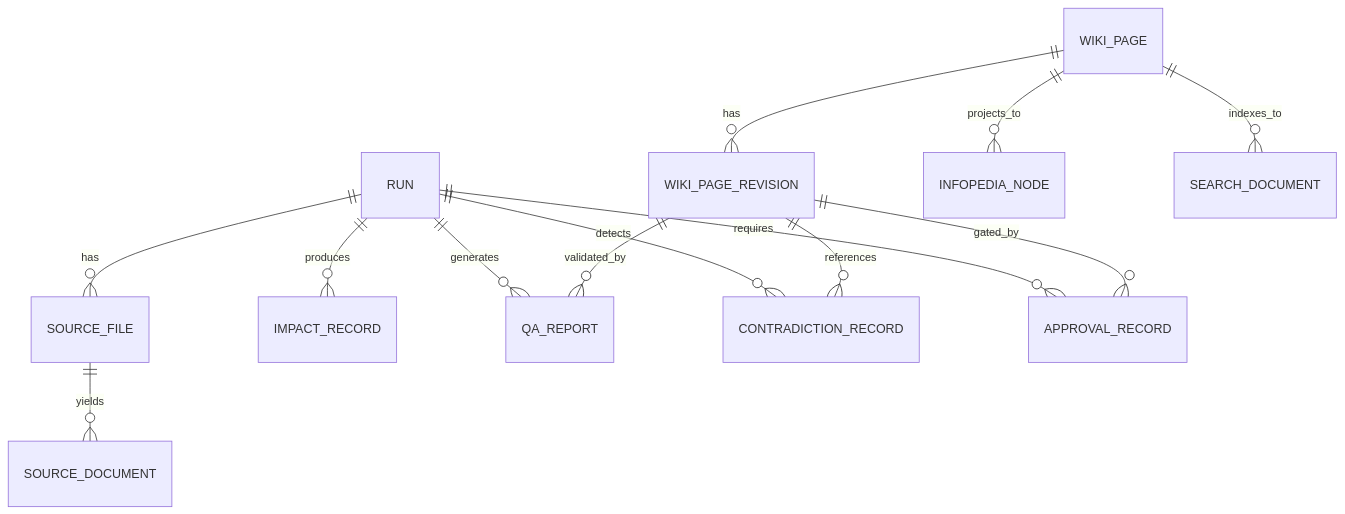
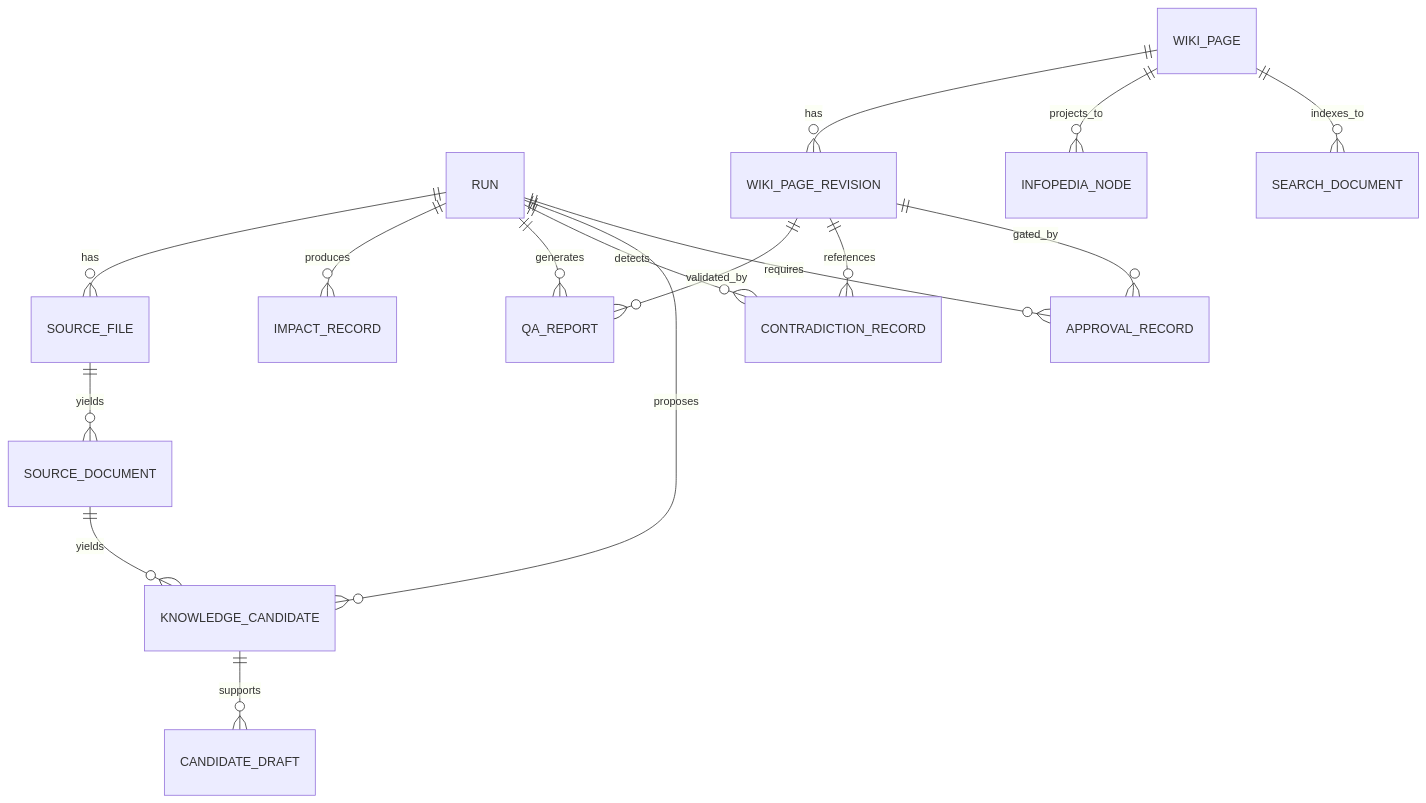
One commit to chethanp11/kms changed diagram 11 of 17 in design/architecture.md. Above: the diagram before and after it, drawn with Mermaid. The commit also changed other lines of this file and 27 other files, not shown here.

Commit message:
Add API-key-backed AI knowledge candidate extraction

````diff
--- a/design/architecture.md
+++ b/design/architecture.md
@@ -2744,15 +2749,18 @@
 ```mermaid
 erDiagram
   RUN ||--o{ SOURCE_FILE : has
   SOURCE_FILE ||--o{ SOURCE_DOCUMENT : yields
   RUN ||--o{ IMPACT_RECORD : produces
   RUN ||--o{ QA_REPORT : generates
   RUN ||--o{ CONTRADICTION_RECORD : detects
+  RUN ||--o{ KNOWLEDGE_CANDIDATE : proposes
+  SOURCE_DOCUMENT ||--o{ KNOWLEDGE_CANDIDATE : yields
+  KNOWLEDGE_CANDIDATE ||--o{ CANDIDATE_DRAFT : supports
   RUN ||--o{ APPROVAL_RECORD : requires
   WIKI_PAGE ||--o{ WIKI_PAGE_REVISION : has
   WIKI_PAGE_REVISION ||--o{ QA_REPORT : validated_by
   WIKI_PAGE_REVISION ||--o{ CONTRADICTION_RECORD : references
   WIKI_PAGE_REVISION ||--o{ APPROVAL_RECORD : gated_by
   WIKI_PAGE ||--o{ INFOPEDIA_NODE : projects_to
   WIKI_PAGE ||--o{ SEARCH_DOCUMENT : indexes_to
 ```
````
